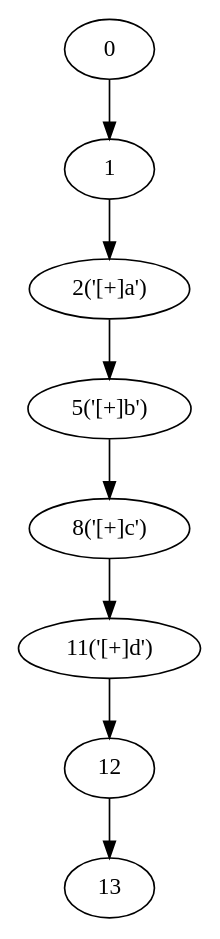
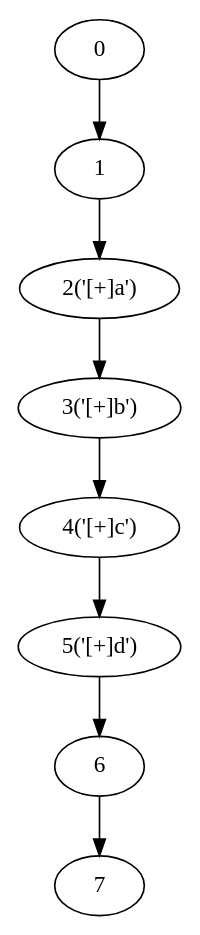
The diagram in NRegex.Test/Graphs/TestMethod00.dot (yyl-20020115/NRegEx), drawn with Graphviz before and after one commit. The commit also changed 28 other files, not shown here.

```diff
--- a/NRegex.Test/Graphs/TestMethod00.dot
+++ b/NRegex.Test/Graphs/TestMethod00.dot
@@ -1,17 +1,17 @@
 digraph g {
 	0 ;
 	1 ;
 	2 [label="2('[+]a')"];
-	5 [label="5('[+]b')"];
-	8 [label="8('[+]c')"];
-	11 [label="11('[+]d')"];
-	12 ;
-	13 ;
+	3 [label="3('[+]b')"];
+	4 [label="4('[+]c')"];
+	5 [label="5('[+]d')"];
+	6 ;
+	7 ;
 	0->1;
 	1->2;
-	2->5;
-	5->8;
-	8->11;
-	11->12;
-	12->13;
+	2->3;
+	3->4;
+	4->5;
+	5->6;
+	6->7;
 }
```
